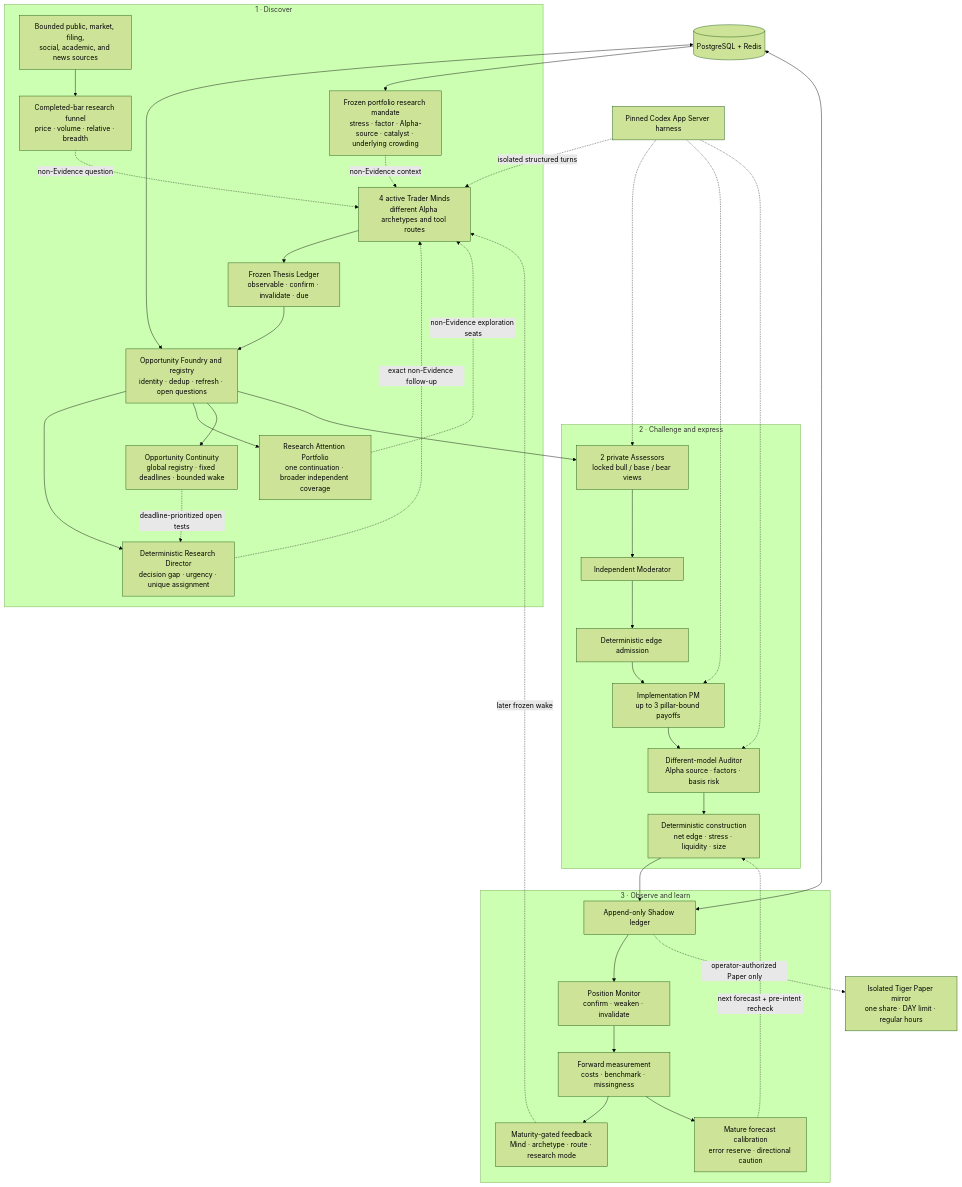
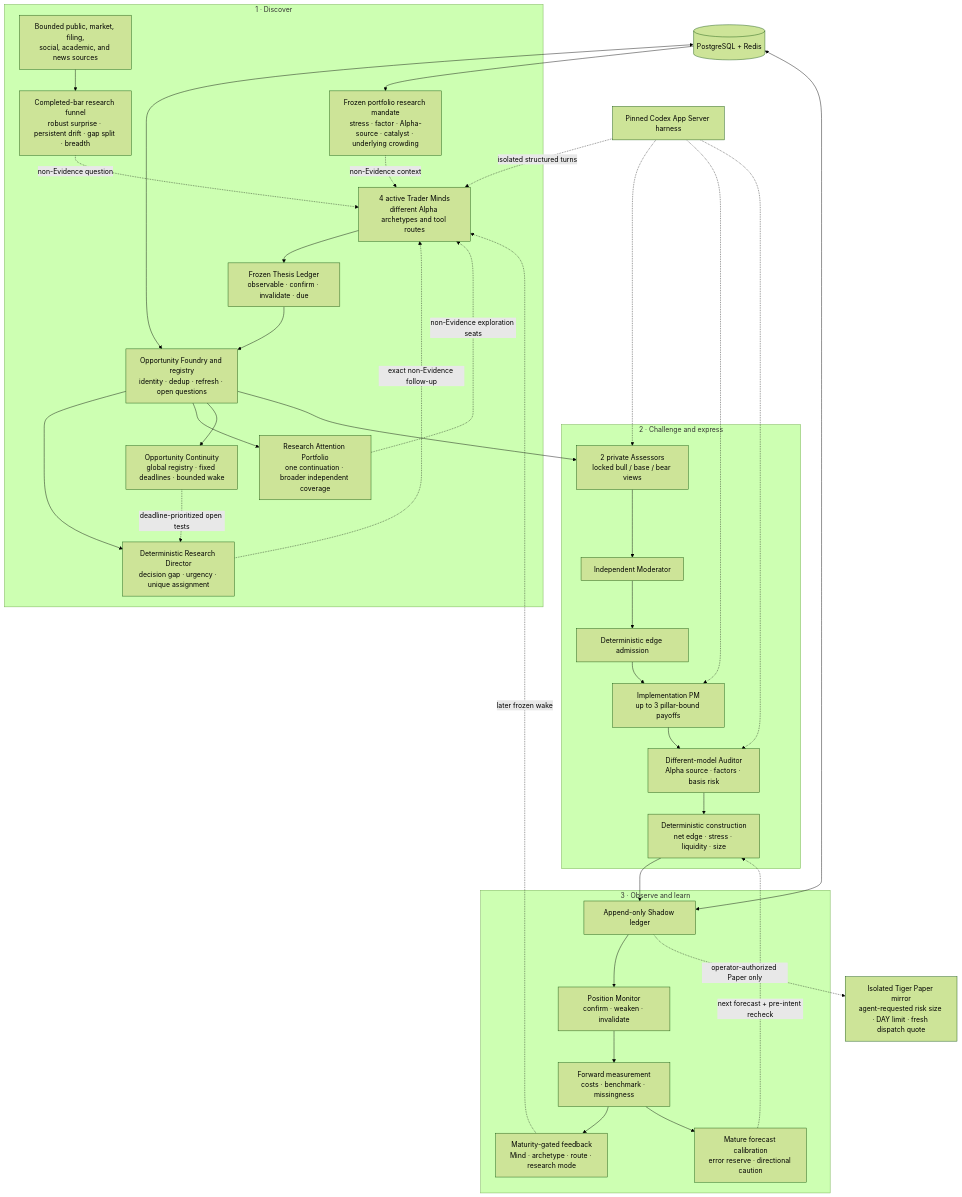
Before and after one commit to kyky2347/ALTA: the second of 2 diagrams in README.md, drawn with Mermaid (forest theme). The commit also changed other lines of this file and 62 other files, not shown here.

Commit message:
feat: strengthen research discovery and Paper execution

````diff
--- a/README.md
+++ b/README.md
@@ -189,52 +193,52 @@
 ```mermaid
 flowchart TB
   subgraph discover["1 · Discover"]
     sources["Bounded public, market, filing,<br/>social, academic, and news sources"]
-    screen["Completed-bar research funnel<br/>price · volume · relative · breadth"]
+    screen["Completed-bar research funnel<br/>robust surprise · persistent drift · gap split · breadth"]
     mandate["Frozen portfolio research mandate<br/>stress · factor · Alpha-source · catalyst · underlying crowding"]
     minds["4 active Trader Minds<br/>different Alpha archetypes and tool routes"]
     thesis["Frozen Thesis Ledger<br/>observable · confirm · invalidate · due"]
     registry["Opportunity Foundry and registry<br/>identity · dedup · refresh · open questions"]
     director["Deterministic Research Director<br/>decision gap · urgency · unique assignment"]
     attention["Research Attention Portfolio<br/>one continuation · broader independent coverage"]
     continuity["Opportunity Continuity<br/>global registry · fixed deadlines · bounded wake"]
     sources --> screen -. "non-Evidence question" .-> minds --> thesis --> registry
     registry --> director -. "exact non-Evidence follow-up" .-> minds
     registry --> attention -. "non-Evidence exploration seats" .-> minds
     registry --> continuity -. "deadline-prioritized open tests" .-> director
     mandate -. "non-Evidence context" .-> minds
   end
 
   subgraph decide["2 · Challenge and express"]
     assess["2 private Assessors<br/>locked bull / base / bear views"]
     moderate["Independent Moderator"]
     rank["Deterministic edge admission"]
     implement["Implementation PM<br/>up to 3 pillar-bound payoffs"]
     audit["Different-model Auditor<br/>Alpha source · factors · basis risk"]
     construct["Deterministic construction<br/>net edge · stress · liquidity · size"]
     assess --> moderate --> rank --> implement --> audit --> construct
   end
 
   subgraph learn["3 · Observe and learn"]
     ledger["Append-only Shadow ledger"]
     monitor["Position Monitor<br/>confirm · weaken · invalidate"]
     outcome["Forward measurement<br/>costs · benchmark · missingness"]
     feedback["Maturity-gated feedback<br/>Mind · archetype · route · research mode"]
     calibration["Mature forecast calibration<br/>error reserve · directional caution"]
     ledger --> monitor --> outcome --> feedback
     outcome --> calibration
   end
 
   registry --> assess
   construct --> ledger
   feedback -. "later frozen wake" .-> minds
   calibration -. "next forecast + pre-intent recheck" .-> construct
   state[("PostgreSQL + Redis")] <--> registry
   state <--> ledger
   state --> mandate
   harness["Pinned Codex App Server harness"] -. "isolated structured turns" .-> minds
   harness -.-> assess
   harness -.-> implement
   harness -.-> audit
-  ledger -. "operator-authorized Paper only" .-> paper["Isolated Tiger Paper mirror<br/>one share · DAY limit · regular hours"]
+  ledger -. "operator-authorized Paper only" .-> paper["Isolated Tiger Paper mirror<br/>agent-requested risk size · DAY limit · fresh dispatch quote"]
 ```
````
